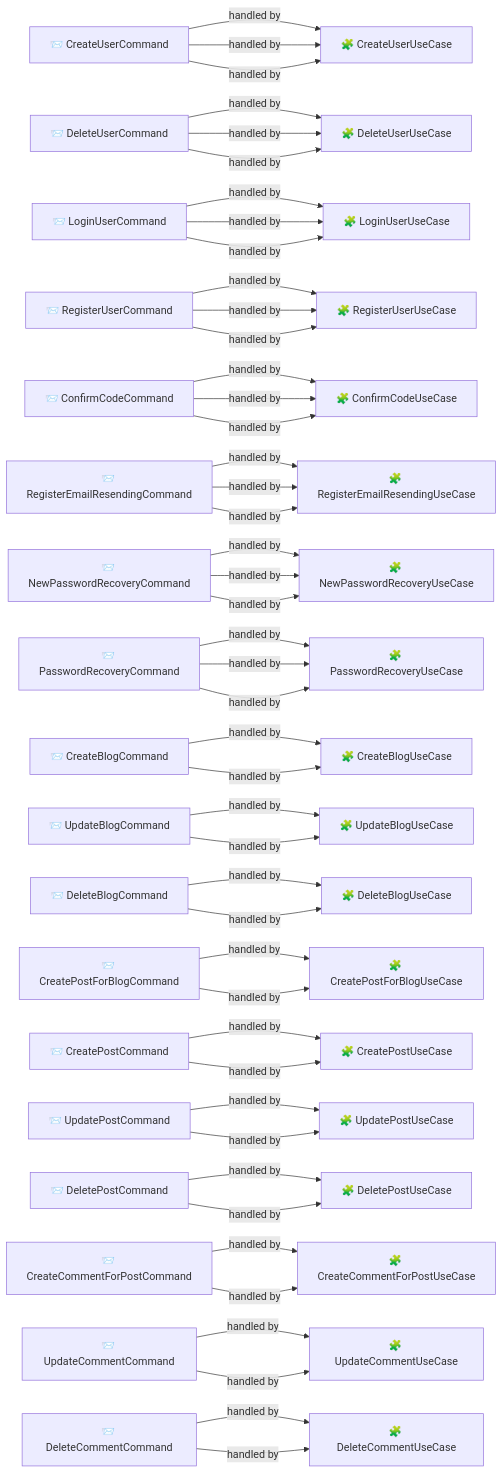
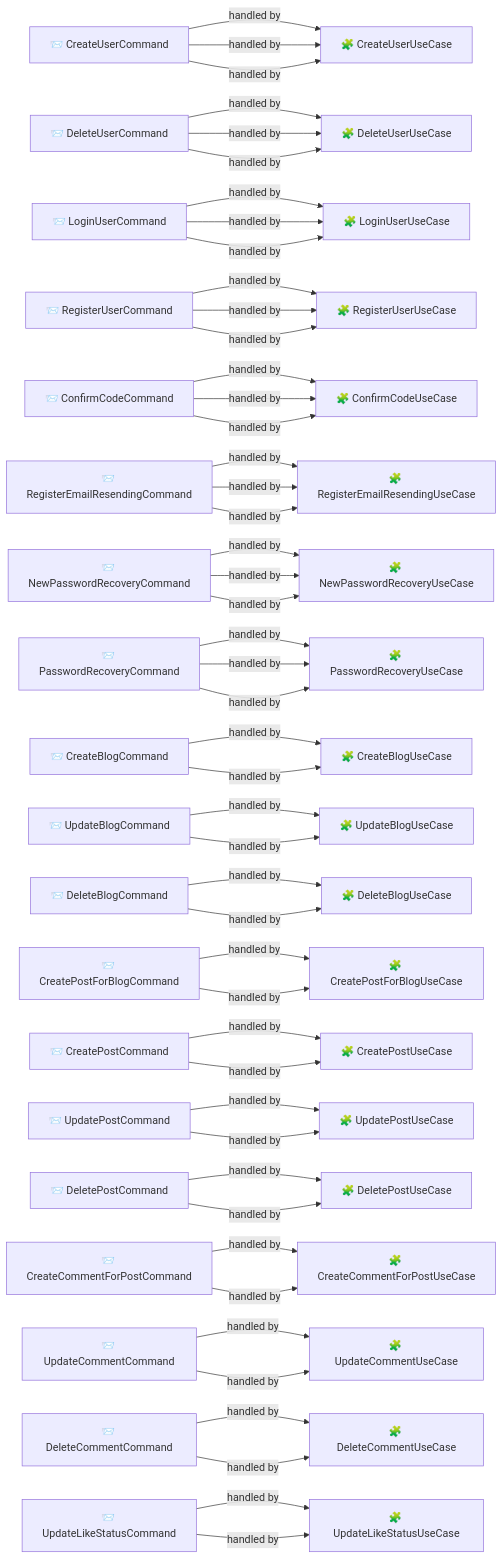
Diagram 14 of 14 in nest-graph.md (anechka002/blogger_platform_nest_sql), drawn with Mermaid before and after one commit. The commit also changed other lines of this file and 9 other files, not shown here.

Commit message:
feat(comments): implement comment like status

```diff
--- a/nest-graph.md
+++ b/nest-graph.md
@@ -514,6 +530,8 @@
   handler_UpdateCommentUseCase["🧩 UpdateCommentUseCase"]
   command_DeleteCommentCommand["📨 DeleteCommentCommand"]
   handler_DeleteCommentUseCase["🧩 DeleteCommentUseCase"]
+  command_UpdateLikeStatusCommand["📨 UpdateLikeStatusCommand"]
+  handler_UpdateLikeStatusUseCase["🧩 UpdateLikeStatusUseCase"]
   command_CreateUserCommand -->|handled by| handler_CreateUserUseCase
   command_DeleteUserCommand -->|handled by| handler_DeleteUserUseCase
   command_LoginUserCommand -->|handled by| handler_LoginUserUseCase
@@ -532,6 +550,7 @@
   command_CreateCommentForPostCommand -->|handled by| handler_CreateCommentForPostUseCase
   command_UpdateCommentCommand -->|handled by| handler_UpdateCommentUseCase
   command_DeleteCommentCommand -->|handled by| handler_DeleteCommentUseCase
+  command_UpdateLikeStatusCommand -->|handled by| handler_UpdateLikeStatusUseCase
   command_CreateUserCommand -->|handled by| handler_CreateUserUseCase
   command_DeleteUserCommand -->|handled by| handler_DeleteUserUseCase
   command_LoginUserCommand -->|handled by| handler_LoginUserUseCase
@@ -550,6 +569,7 @@
   command_CreateCommentForPostCommand -->|handled by| handler_CreateCommentForPostUseCase
   command_UpdateCommentCommand -->|handled by| handler_UpdateCommentUseCase
   command_DeleteCommentCommand -->|handled by| handler_DeleteCommentUseCase
+  command_UpdateLikeStatusCommand -->|handled by| handler_UpdateLikeStatusUseCase
   command_CreateUserCommand -->|handled by| handler_CreateUserUseCase
   command_DeleteUserCommand -->|handled by| handler_DeleteUserUseCase
   command_LoginUserCommand -->|handled by| handler_LoginUserUseCase
```
